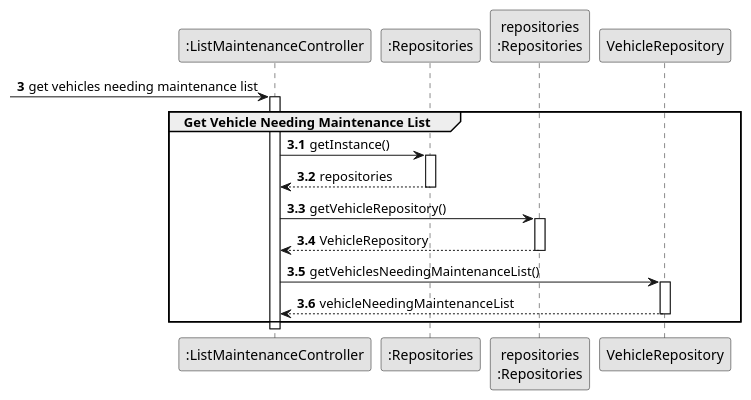
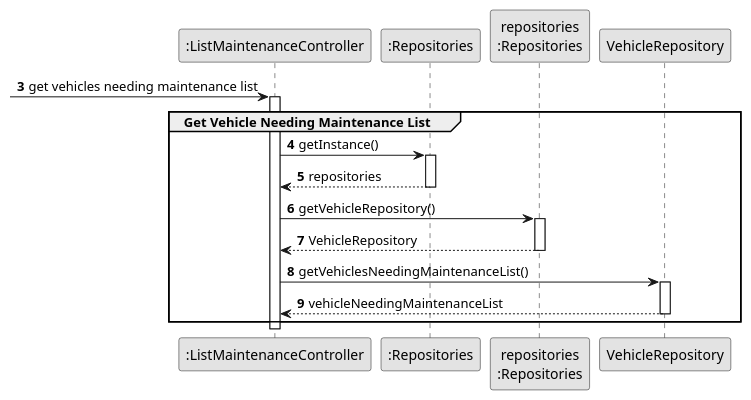
Before and after one commit to ricardomm7/leaflink: the diagram in docs/sprintC/us008/03.design/puml/us008-sequence-diagram-partial-get-vehicle-needing-maintenance-list.puml, drawn with PlantUML. The commit also changed 12 other files, not shown here.

```diff
--- a/docs/sprintC/us008/03.design/puml/us008-sequence-diagram-partial-get-vehicle-needing-maintenance-list.puml
+++ b/docs/sprintC/us008/03.design/puml/us008-sequence-diagram-partial-get-vehicle-needing-maintenance-list.puml
@@ -1,45 +1,43 @@
 @startuml
 skinparam monochrome true
 skinparam packageStyle rectangle
 skinparam shadowing false
 
 autonumber
 
 'hide footbox
 
 participant ":ListMaintenanceController" as CTRL
 participant ":Repositories" as RepositorySingleton
 participant "repositories\n:Repositories" as PLAT
 
 autonumber 3
 
  -> CTRL : get vehicles needing maintenance list
 activate CTRL
     group Get Vehicle Needing Maintenance List
-autonumber 3.1
 
             CTRL -> RepositorySingleton : getInstance()
             activate RepositorySingleton
 
             RepositorySingleton --> CTRL: repositories
             deactivate RepositorySingleton
 
             CTRL -> PLAT : getVehicleRepository()
             activate PLAT
 
             PLAT --> CTRL: VehicleRepository
             deactivate PLAT
 
             CTRL -> VehicleRepository : getVehiclesNeedingMaintenanceList()
             activate VehicleRepository
 
             VehicleRepository --> CTRL : vehicleNeedingMaintenanceList
             deactivate VehicleRepository
 
     end
 
-    autonumber 4
 deactivate CTRL
 
 
 @enduml
```
